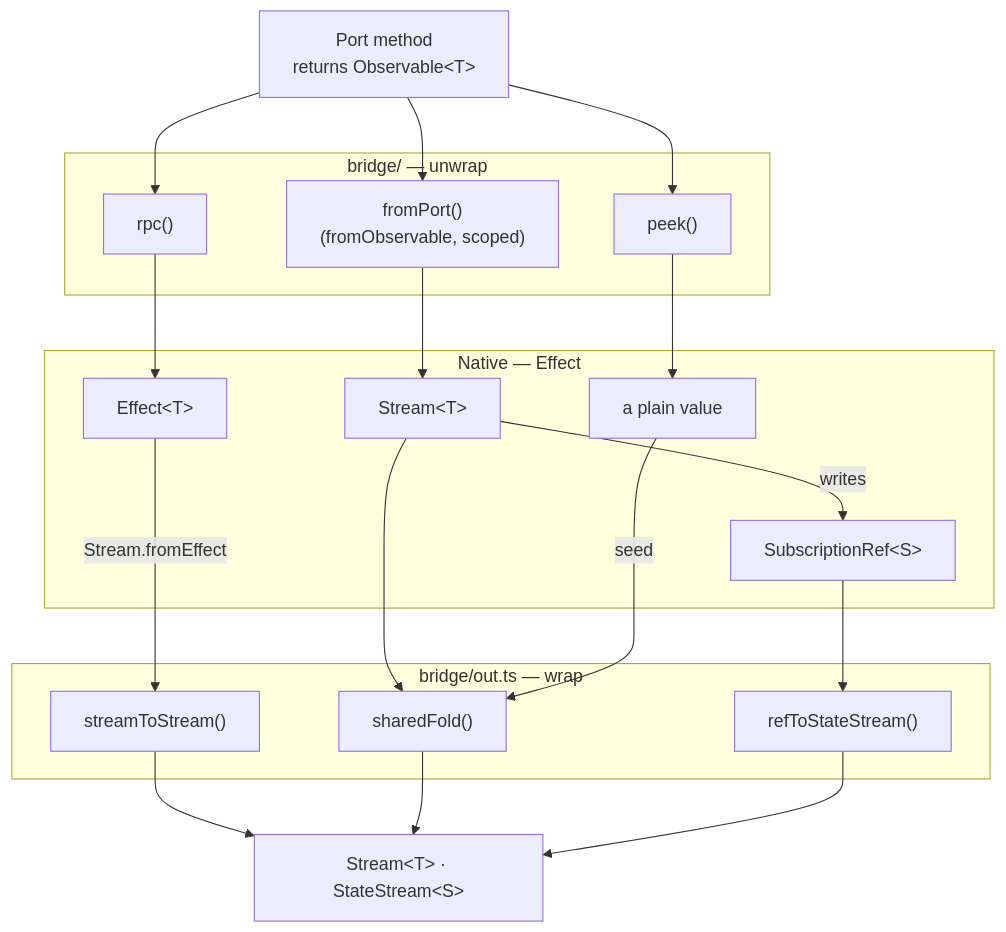
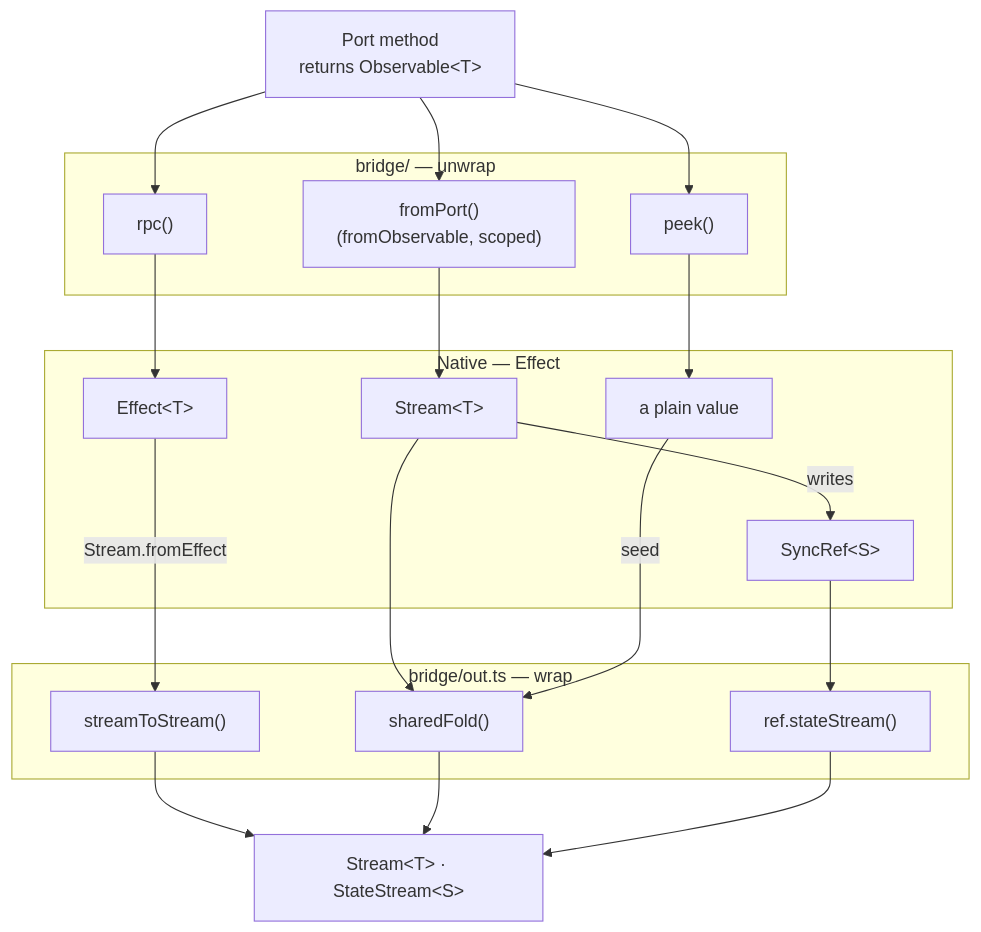
One commit to bettersoftware-io/ReactiveTraderCloudClone changed the sixth of 17 diagrams in docs/architecture/23-application-cores-explained.md. Above: the diagram before and after it, drawn with Mermaid. The commit also changed other lines of this file and 54 other files, not shown here.

````diff
--- a/docs/architecture/23-application-cores-explained.md
+++ b/docs/architecture/23-application-cores-explained.md
@@ -359,37 +359,37 @@
 ```mermaid
 flowchart TD
   port["Port method<br/>returns Observable#lt;T#gt;"]
 
   subgraph inb["bridge/ — unwrap"]
     rpc["rpc()"]
     fromPort["fromPort()<br/>(fromObservable, scoped)"]
     peek["peek()"]
   end
 
   subgraph native["Native — Effect"]
     effect["Effect#lt;T#gt;"]
     stream["Stream#lt;T#gt;"]
-    ref["SubscriptionRef#lt;S#gt;"]
+    ref["SyncRef#lt;S#gt;"]
     value["a plain value"]
   end
 
   subgraph outb["bridge/out.ts — wrap"]
     s2s["streamToStream()"]
     fold["sharedFold()"]
-    r2s["refToStateStream()"]
+    r2s["ref.stateStream()"]
   end
 
   ui["Stream#lt;T#gt; · StateStream#lt;S#gt;"]
 
   port --> rpc --> effect
   port --> fromPort --> stream
   port --> peek --> value
   effect -- "Stream.fromEffect" --> s2s
   stream --> fold
   value -- "seed" --> fold
   stream -- "writes" --> ref
   ref --> r2s
   s2s --> ui
   fold --> ui
   r2s --> ui
 ```
````
